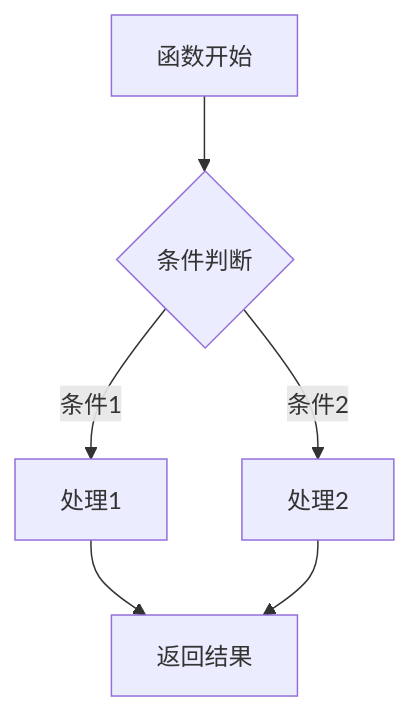
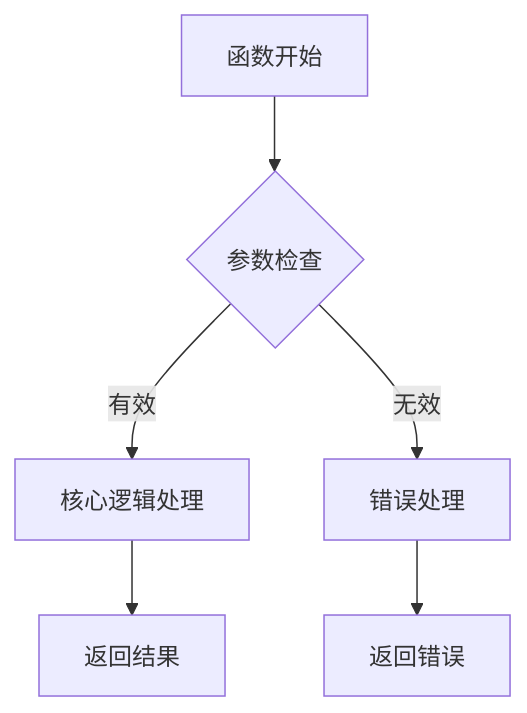
The second of 2 diagrams in prompts/android/android_analyze_kotlin_file_prompt_3.29.md (hyh19/ai), drawn with Mermaid before and after one commit. The commit also changed other lines of this file, not shown here.

````diff
--- a/prompts/android/android_analyze_kotlin_file_prompt_3.29.md
+++ b/prompts/android/android_analyze_kotlin_file_prompt_3.29.md
@@ -97,8 +83,8 @@
-```mermaid
-flowchart TD
-    A[函数开始] --> B{条件判断}
-    B -->|条件1| C[处理1]
-    B -->|条件2| D[处理2]
-    C --> E[返回结果]
-    D --> E
-```
+  ```mermaid
+  flowchart TD
+      A[函数开始] --> B{参数检查}
+      B -->|有效| C[核心逻辑处理]
+      B -->|无效| D[错误处理]
+      C --> E[返回结果]
+      D --> F[返回错误]
+  ```
````
